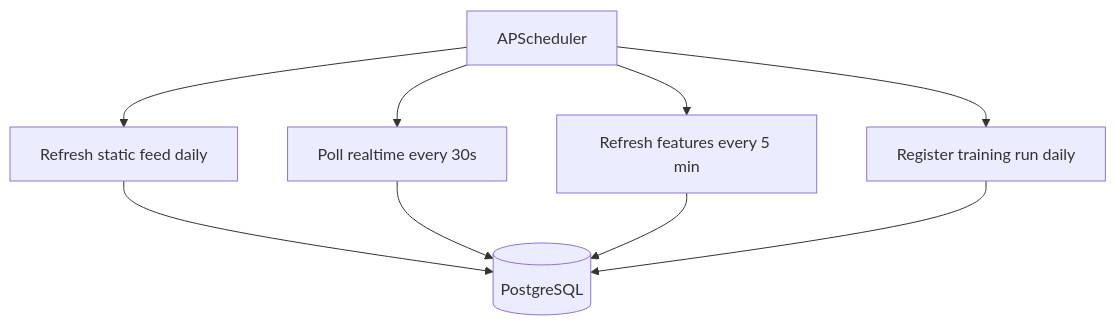
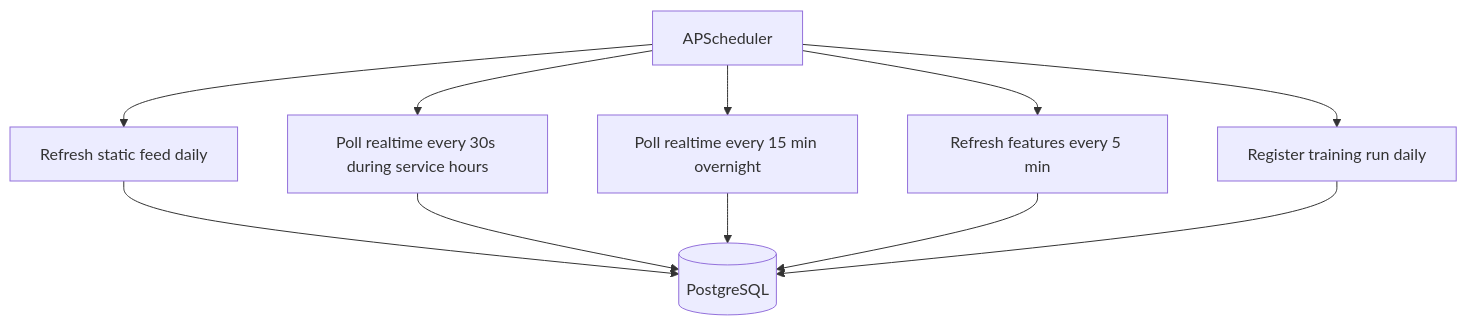
One commit to weijiekh/knightbus changed the second of 2 diagrams in README.md. Above: the diagram before and after it, drawn with Mermaid. The commit also changed other lines of this file and 6 other files, not shown here.

Commit message:
feat: add local service-hour window for realtime polling

````diff
--- a/README.md
+++ b/README.md
@@ -168,11 +168,13 @@
 ```mermaid
 flowchart TD
     S[APScheduler] --> T1[Refresh static feed daily]
-    S --> T2[Poll realtime every 30s]
+    S --> T2[Poll realtime every 30s during service hours]
+    S --> T5[Poll realtime every 15 min overnight]
     S --> T3[Refresh features every 5 min]
     S --> T4[Register training run daily]
     T1 --> DB[(PostgreSQL)]
     T2 --> DB
+    T5 --> DB
     T3 --> DB
     T4 --> DB
 ```
````
